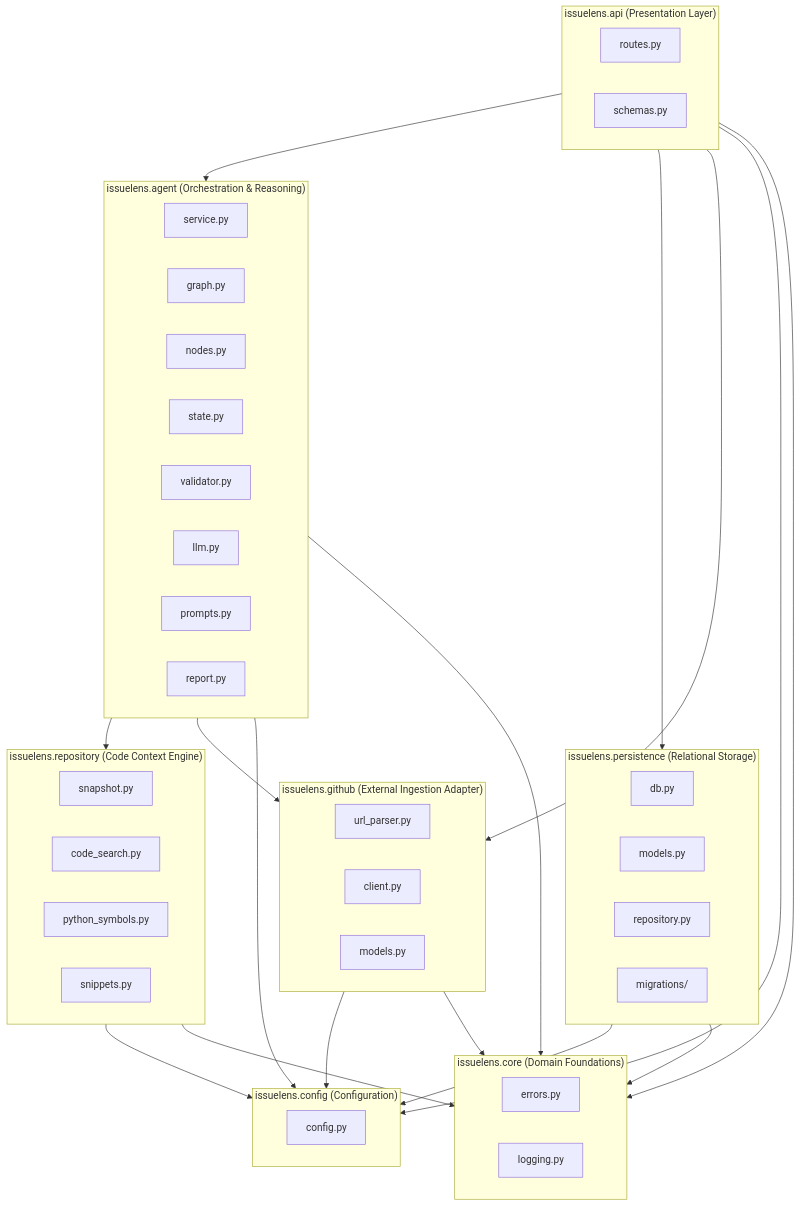
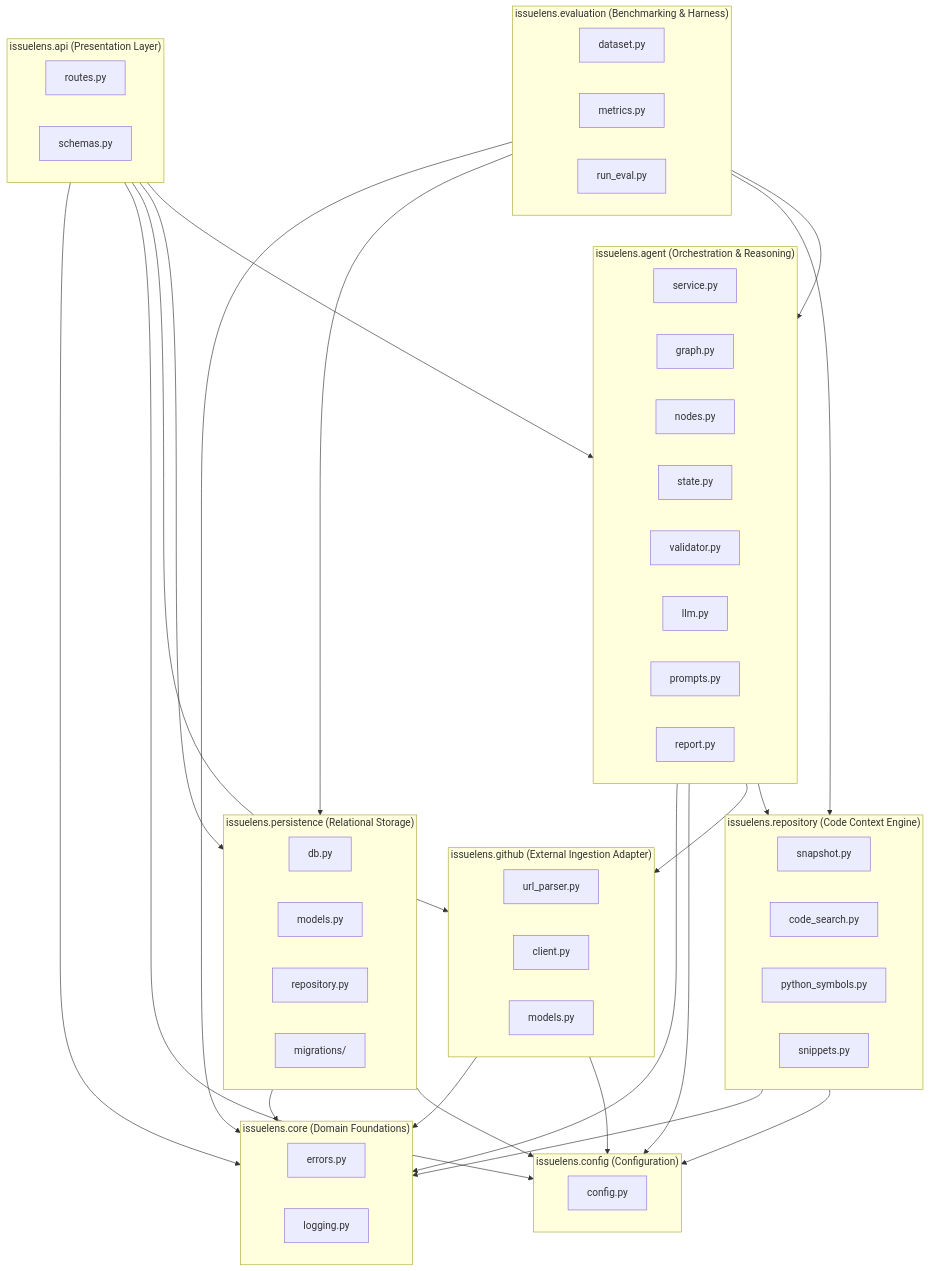
The diagram in docs/architecture/codebase-map.md (vishwaskotegar/Issuelens), drawn with Mermaid before and after one commit. The commit also changed other lines of this file and 4 other files, not shown here.

Commit message:
docs: update architecture, learning guide, and build log for Phase 7

````diff
--- a/docs/architecture/codebase-map.md
+++ b/docs/architecture/codebase-map.md
@@ -11,68 +11,79 @@
 ```mermaid
 flowchart TD
     subgraph API["issuelens.api (Presentation Layer)"]
         Routes["routes.py"]
         Schemas["schemas.py"]
+    end
+
+    subgraph Evaluation["issuelens.evaluation (Benchmarking & Harness)"]
+        Dataset["dataset.py"]
+        Metrics["metrics.py"]
+        Runner["run_eval.py"]
     end
 
     subgraph Persistence["issuelens.persistence (Relational Storage)"]
         DB["db.py"]
         Models["models.py"]
         Repo["repository.py"]
         Migrations["migrations/"]
     end
 
     subgraph Agent["issuelens.agent (Orchestration & Reasoning)"]
         Service["service.py"]
         Graph["graph.py"]
         Nodes["nodes.py"]
         State["state.py"]
         Validator["validator.py"]
         LLM["llm.py"]
         Prompts["prompts.py"]
         ReportModels["report.py"]
     end
 
     subgraph Repository["issuelens.repository (Code Context Engine)"]
         Snapshot["snapshot.py"]
         CodeSearch["code_search.py"]
         PythonSymbols["python_symbols.py"]
         Snippets["snippets.py"]
     end
 
     subgraph GitHub["issuelens.github (External Ingestion Adapter)"]
         URLParser["url_parser.py"]
         GitHubClient["client.py"]
         GitHubModels["models.py"]
     end
 
     subgraph Core["issuelens.core (Domain Foundations)"]
         Errors["errors.py"]
         Logging["logging.py"]
     end
 
     subgraph Config["issuelens.config (Configuration)"]
         Settings["config.py"]
     end
 
     %% Dependencies
     API --> Agent
     API --> Persistence
     API --> GitHub
     API --> Config
     API --> Core
 
     Persistence --> Config
     Persistence --> Core
 
+    Evaluation --> Agent
+    Evaluation --> Repository
+    Evaluation --> Persistence
+    Evaluation --> Core
+
     Agent --> Repository
     Agent --> GitHub
     Agent --> Config
     Agent --> Core
 
     Repository --> Config
     Repository --> Core
 
     GitHub --> Config
     GitHub --> Core
 ```
````
